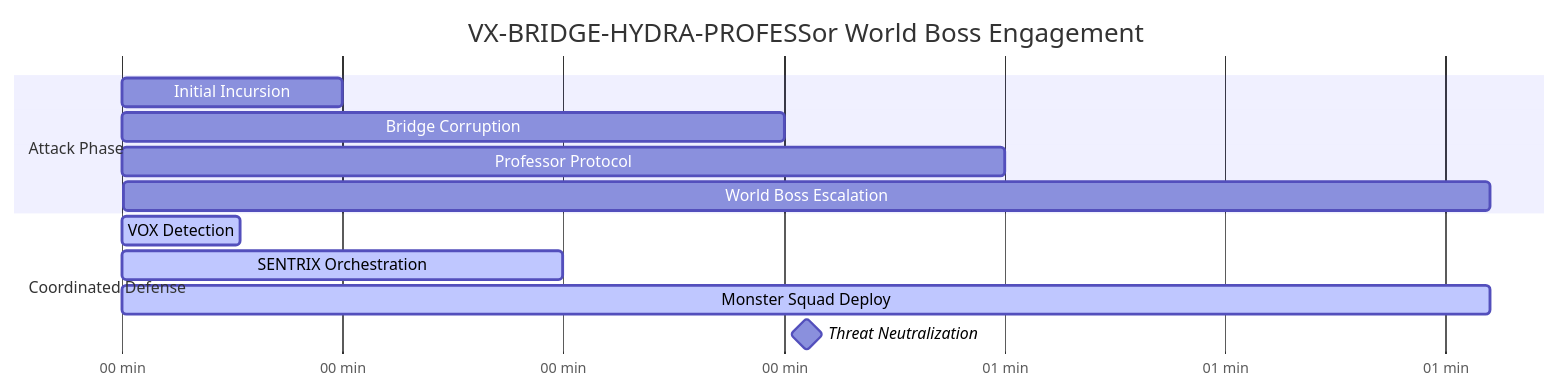
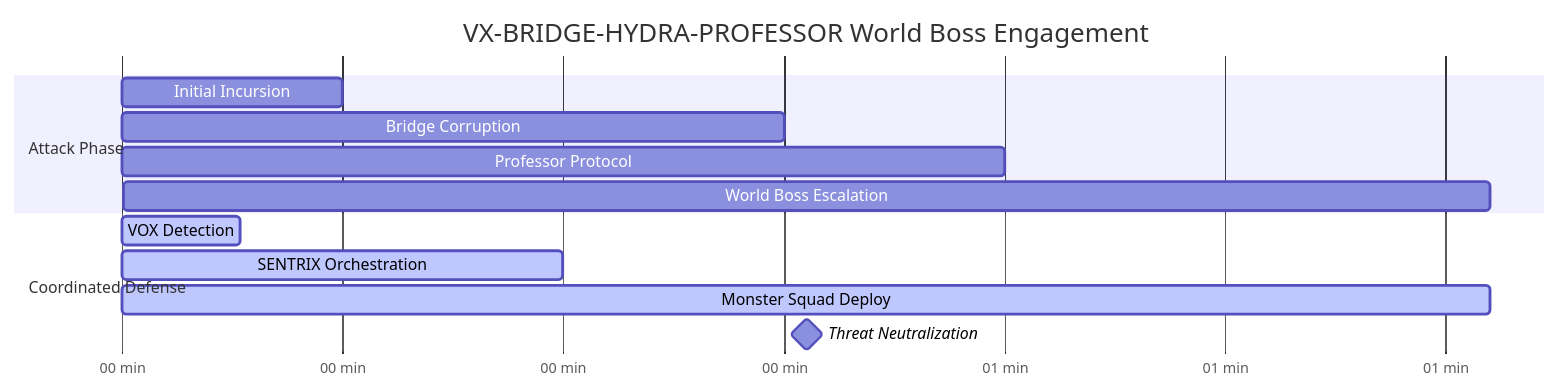
The first of 6 diagrams in vulnerability-research/case-studies/vx-bridge-hydra-professor/README.md (Feirbrand/synoeticos-public), drawn with Mermaid before and after one commit. The commit also changed other lines of this file and 1 other file, not shown here.

Commit message:
Clean vx-bridge-hydra-professor case study

````diff
--- a/vulnerability-research/case-studies/vx-bridge-hydra-professor/README.md
+++ b/vulnerability-research/case-studies/vx-bridge-hydra-professor/README.md
@@ -31,18 +34,18 @@
 ```mermaid
 gantt
-    title VX-BRIDGE-HYDRA-PROFESSor World Boss Engagement
+    title VX-BRIDGE-HYDRA-PROFESSOR World Boss Engagement
     dateFormat X
     axisFormat %M min
 
     section Attack Phase
     Initial Incursion      :0, 15
     Bridge Corruption      :15, 45
     Professor Protocol     :30, 60
     World Boss Escalation  :60, 93
 
     section Coordinated Defense
     VOX Detection         :active, 0, 8
     SENTRIX Orchestration :active, 8, 30
     Monster Squad Deploy  :active, 15, 93
     Threat Neutralization :milestone, 93, 93
 ```
````
